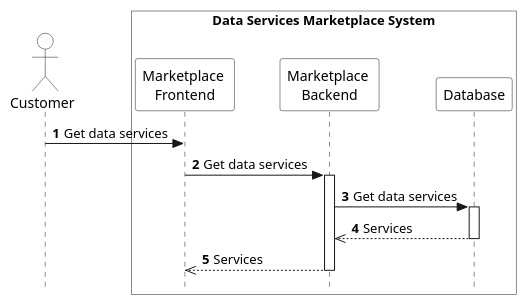
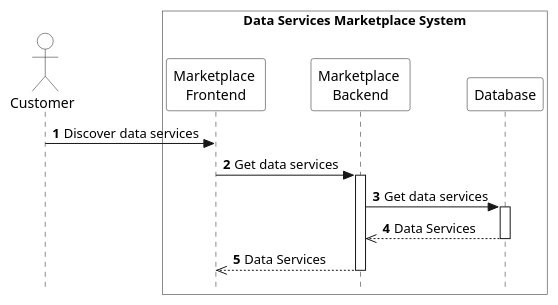
The diagram in arc42/marketplace/runtime-view/figures/marketplace-browse-requests.puml (eddie-energy/architecture), drawn with PlantUML before and after one commit. The commit also changed 14 other files, not shown here.

Commit message:
Part of #121: update runtime-view and deployment-view diagrams

```diff
--- a/arc42/marketplace/runtime-view/figures/marketplace-browse-requests.puml
+++ b/arc42/marketplace/runtime-view/figures/marketplace-browse-requests.puml
@@ -1,29 +1,29 @@
 @startuml marketplace-browse-requests
 
 skinparam style strictuml
 skinparam sequence {
   ParticipantBackgroundColor transparent
   ActorBackgroundColor transparent
 }
 
 autonumber
 !pragma teoz true
 
 actor "Customer" as customer
 box "Data Services Marketplace System" #transparent
   participant "Marketplace \nFrontend" as app
   participant "Marketplace \nBackend" as marketplace
   participant "Database" as database
 end box
 
-customer -> app : Get data services
+customer -> app : Discover data services
 app -> marketplace : Get data services
 activate marketplace
 marketplace -> database : Get data services
 activate database
-database -->> marketplace : Services
+database -->> marketplace : Data Services
 deactivate database
-marketplace -->> app : Services
+marketplace -->> app : Data Services
 deactivate marketplace
 
 @enduml
```
